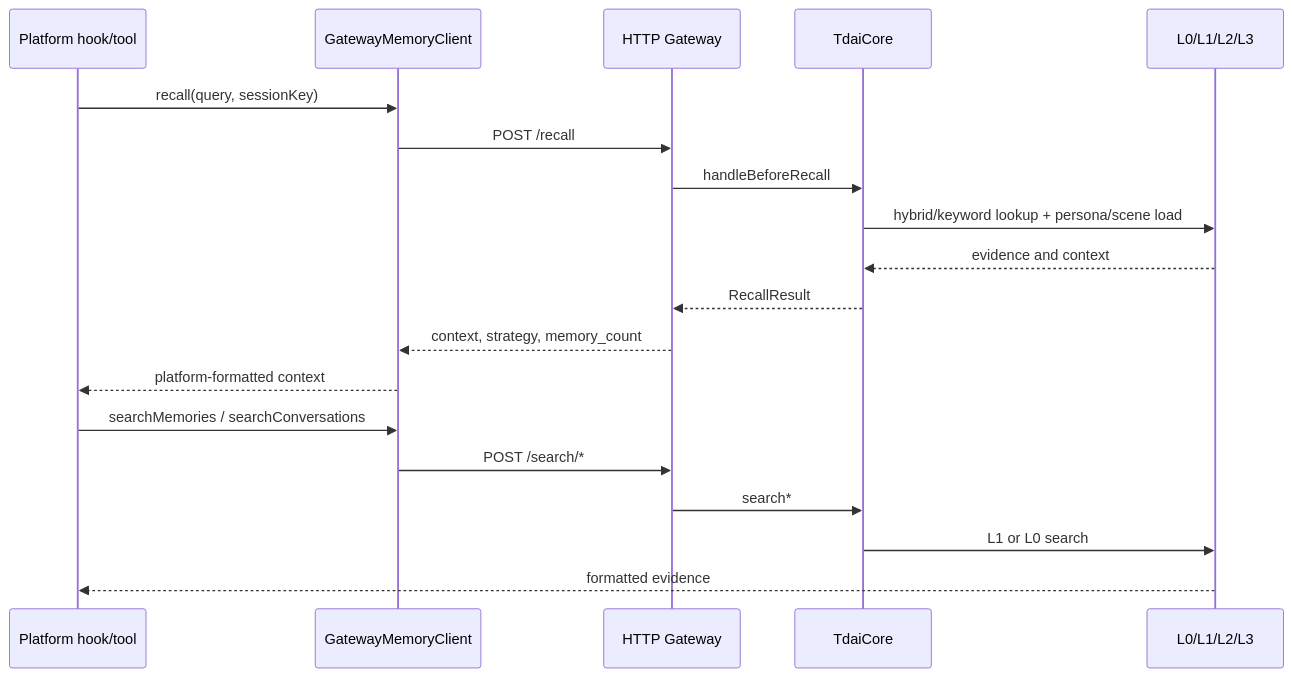
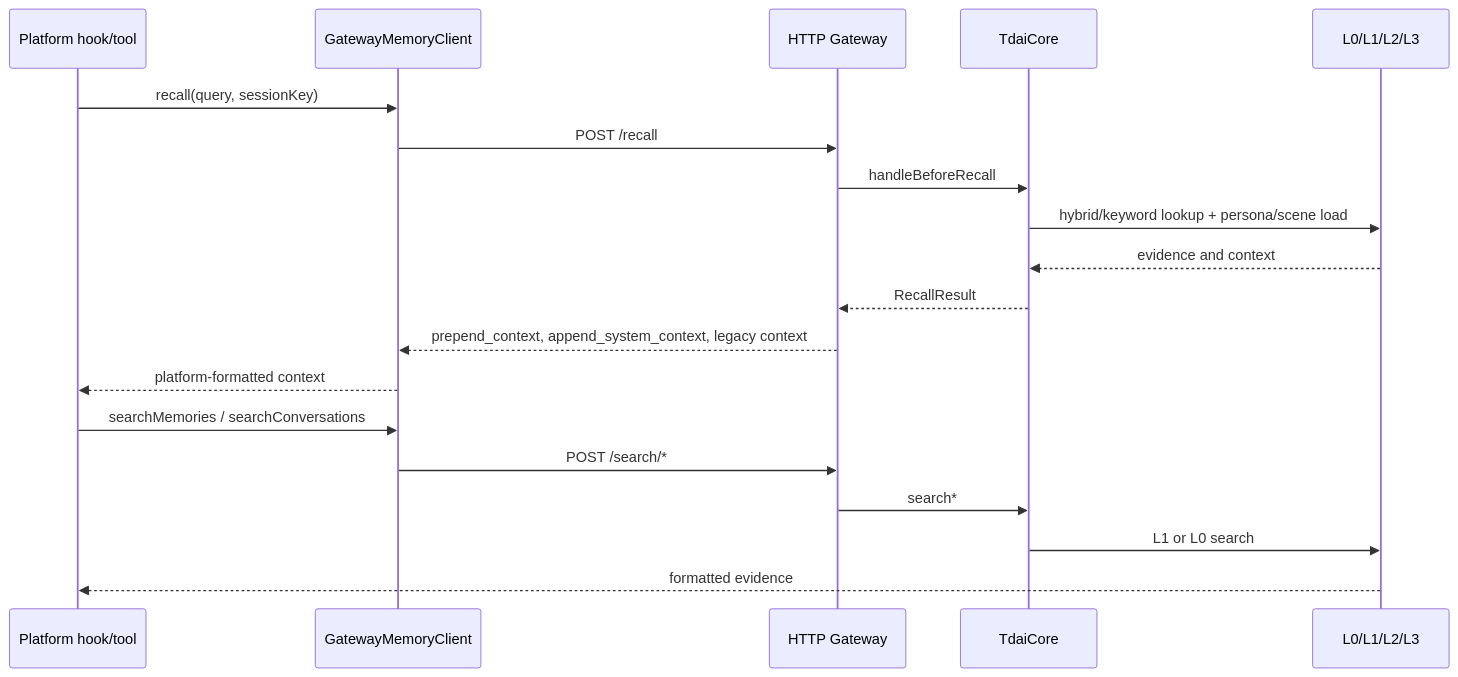
Before and after one commit to TencentCloud/TencentDB-Agent-Memory: the second of 3 diagrams in docs/adapters/architecture.md, drawn with Mermaid. The commit also changed other lines of this file and 2 other files, not shown here.

````diff
--- a/docs/adapters/architecture.md
+++ b/docs/adapters/architecture.md
@@ -52,23 +52,23 @@
 ```mermaid
 sequenceDiagram
   participant Host as Platform hook/tool
   participant Client as GatewayMemoryClient
   participant Gateway as HTTP Gateway
   participant Core as TdaiCore
   participant Stores as L0/L1/L2/L3
 
   Host->>Client: recall(query, sessionKey)
   Client->>Gateway: POST /recall
   Gateway->>Core: handleBeforeRecall
   Core->>Stores: hybrid/keyword lookup + persona/scene load
   Stores-->>Core: evidence and context
   Core-->>Gateway: RecallResult
-  Gateway-->>Client: context, strategy, memory_count
+  Gateway-->>Client: prepend_context, append_system_context, legacy context
   Client-->>Host: platform-formatted context
 
   Host->>Client: searchMemories / searchConversations
   Client->>Gateway: POST /search/*
   Gateway->>Core: search*
   Core->>Stores: L1 or L0 search
   Stores-->>Host: formatted evidence
 ```
````
